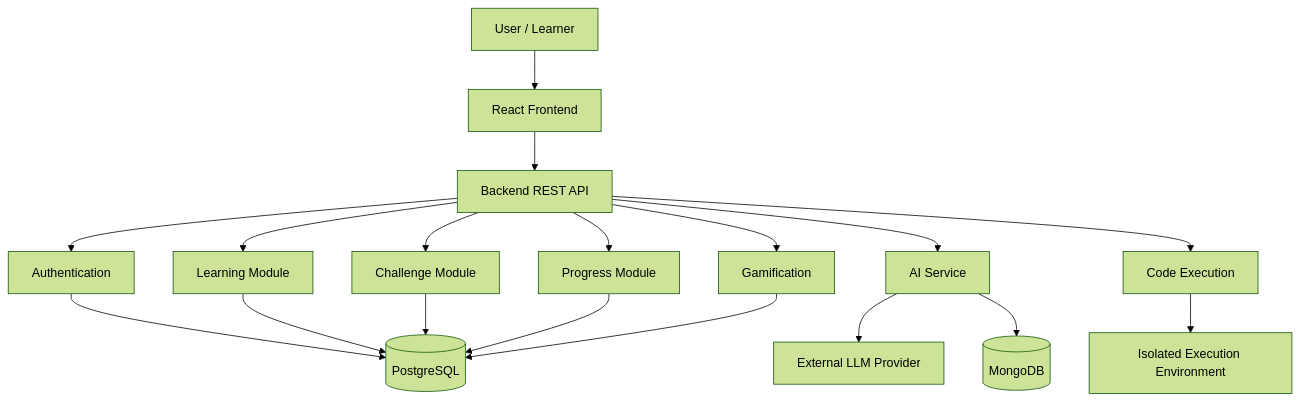
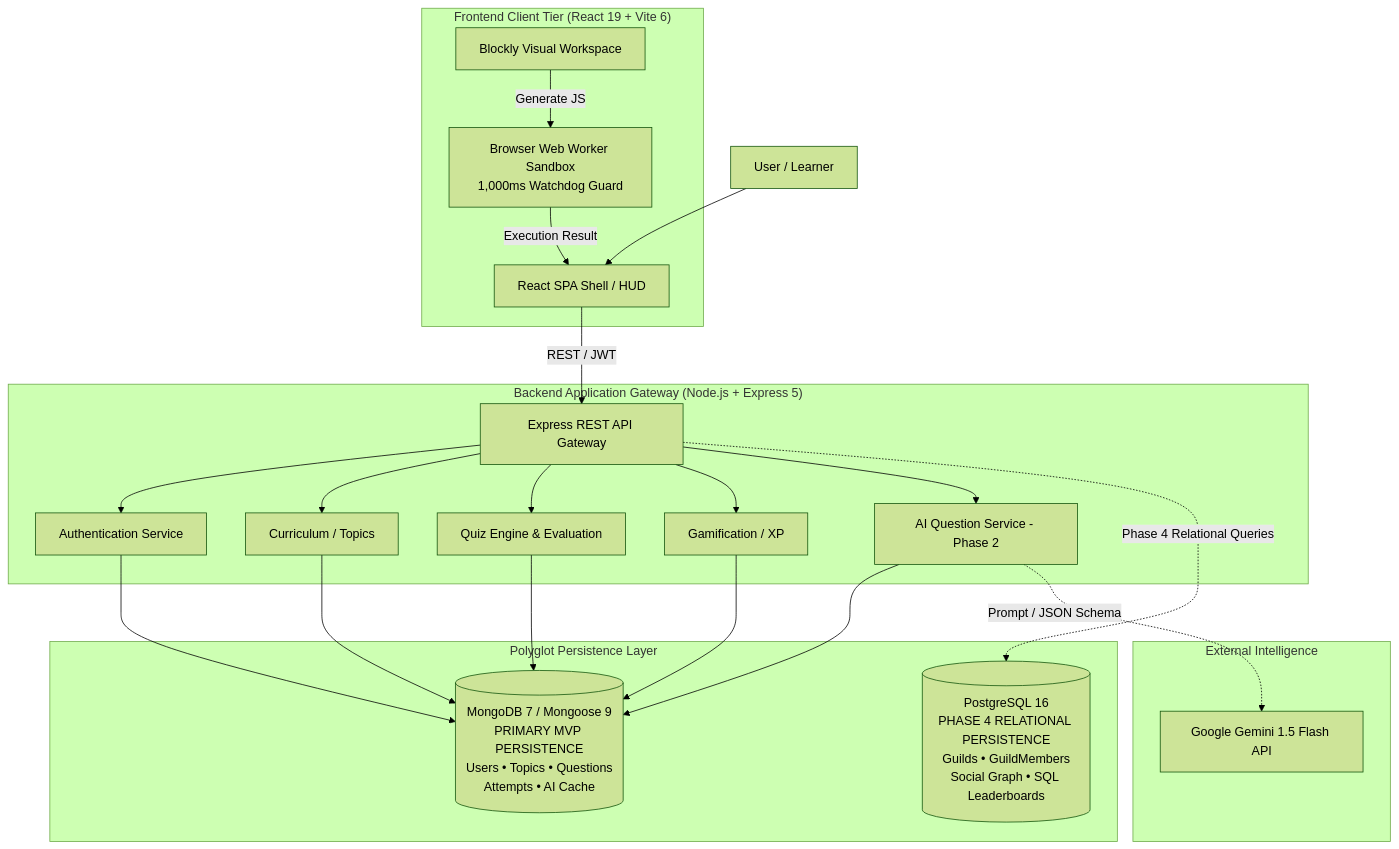
The first of 4 diagrams in docs/HLD.md (tanushreesrivastavs125-code/CodeVerse), drawn with Mermaid (forest theme) before and after one commit. The commit also changed other lines of this file and 3 other files, not shown here.

Commit message:
docs(architecture): normalize product architecture and phases

````diff
--- a/docs/HLD.md
+++ b/docs/HLD.md
@@ -288,43 +294,48 @@
 ```mermaid
 flowchart TD
     U[User / Learner]
 
-    F[React Frontend]
+    subgraph ClientTier ["Frontend Client Tier (React 19 + Vite 6)"]
+        F[React SPA Shell / HUD]
+        BLOCKS[Blockly Visual Workspace]
+        WORKER[Browser Web Worker Sandbox\n1,000ms Watchdog Guard]
+        BLOCKS -->|Generate JS| WORKER
+        WORKER -->|Execution Result| F
+    end
 
-    API[Backend REST API]
+    subgraph GatewayTier ["Backend Application Gateway (Node.js + Express 5)"]
+        API[Express REST API Gateway]
+        AUTH[Authentication Service]
+        CURRIC[Curriculum / Topics]
+        QUIZ[Quiz Engine & Evaluation]
+        GAME[Gamification / XP]
+        AI[AI Question Service - Phase 2]
+    end
 
-    AUTH[Authentication]
-    LEARN[Learning Module]
-    CHALLENGE[Challenge Module]
-    PROGRESS[Progress Module]
-    GAME[Gamification]
-    AI[AI Service]
-    EXEC[Code Execution]
+    subgraph PersistenceTier ["Polyglot Persistence Layer"]
+        MONGO[(MongoDB 7 / Mongoose 9\nPRIMARY MVP PERSISTENCE\nUsers • Topics • Questions\nAttempts • AI Cache)]
+        POSTGRES[(PostgreSQL 16\nPHASE 4 RELATIONAL PERSISTENCE\nGuilds • GuildMembers\nSocial Graph • SQL Leaderboards)]
+    end
 
-    DB[(PostgreSQL)]
-    MONGO[(MongoDB)]
-    LLM[External LLM Provider]
-    SANDBOX[Isolated Execution Environment]
+    subgraph ExternalServices ["External Intelligence"]
+        LLM[Google Gemini 1.5 Flash API]
+    end
 
     U --> F
-    F --> API
+    F -->|REST / JWT| API
 
     API --> AUTH
-    API --> LEARN
-    API --> CHALLENGE
-    API --> PROGRESS
+    API --> CURRIC
+    API --> QUIZ
     API --> GAME
     API --> AI
-    API --> EXEC
 
-    AUTH --> DB
-    LEARN --> DB
-    CHALLENGE --> DB
-    PROGRESS --> DB
-    GAME --> DB
-
-    AI --> LLM
+    AUTH --> MONGO
+    CURRIC --> MONGO
+    QUIZ --> MONGO
+    GAME --> MONGO
     AI --> MONGO
 
-    EXEC --> SANDBOX
+    AI -.->|Prompt / JSON Schema| LLM
+    API -.->|Phase 4 Relational Queries| POSTGRES
 ```
````
